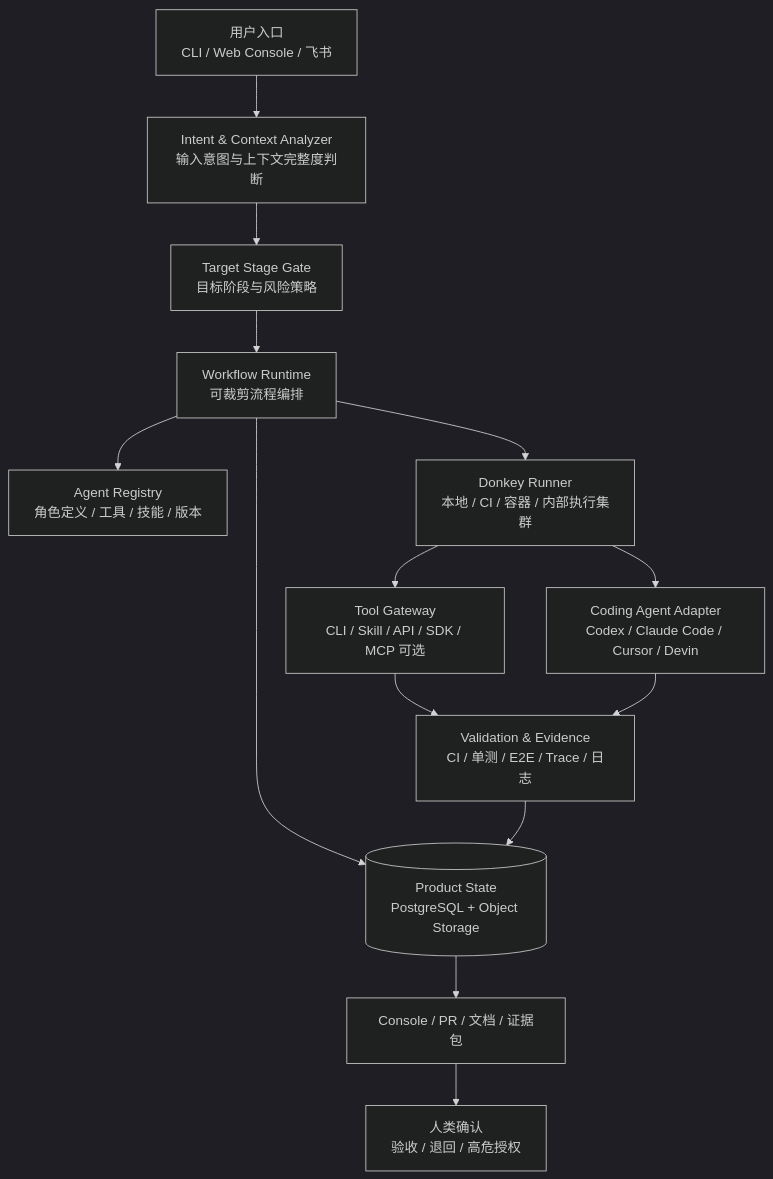
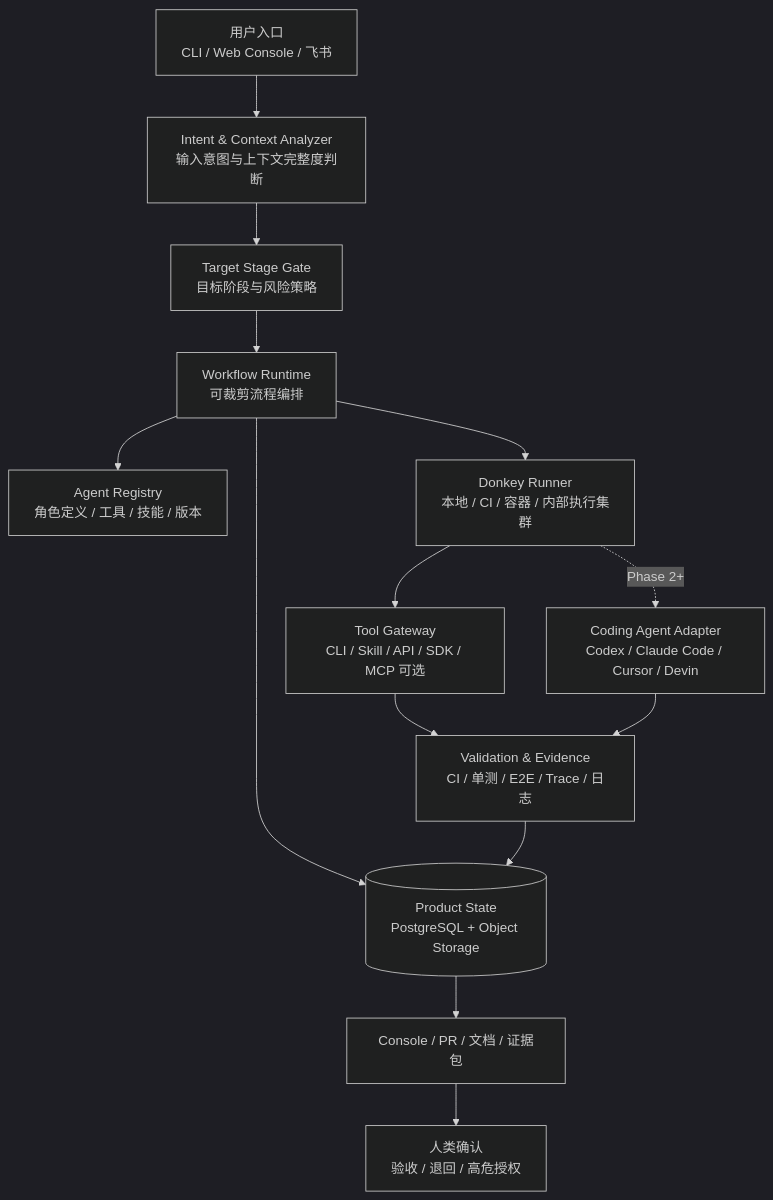
Before and after one commit to zesming/tekon: the first of 2 diagrams in docs/technical/mvp-technical-plan.md, drawn with Mermaid (dark theme). The commit also changed other lines of this file and 9 other files, not shown here.

````diff
--- a/docs/technical/mvp-technical-plan.md
+++ b/docs/technical/mvp-technical-plan.md
@@ -18,16 +18,16 @@
 ```mermaid
 flowchart TB
   U[用户入口\nCLI / Web Console / 飞书] --> I[Intent & Context Analyzer\n输入意图与上下文完整度判断]
   I --> G[Target Stage Gate\n目标阶段与风险策略]
   G --> W[Workflow Runtime\n可裁剪流程编排]
   W --> AR[Agent Registry\n角色定义 / 工具 / 技能 / 版本]
   W --> R[Donkey Runner\n本地 / CI / 容器 / 内部执行集群]
   R --> TG[Tool Gateway\nCLI / Skill / API / SDK / MCP 可选]
-  R --> CA[Coding Agent Adapter\nCodex / Claude Code / Cursor / Devin]
+  R -. Phase 2+ .-> CA[Coding Agent Adapter\nCodex / Claude Code / Cursor / Devin]
   TG --> V[Validation & Evidence\nCI / 单测 / E2E / Trace / 日志]
   CA --> V
   W --> S[(Product State\nPostgreSQL + Object Storage)]
   V --> S
   S --> C[Console / PR / 文档 / 证据包]
   C --> H[人类确认\n验收 / 退回 / 高危授权]
 ```
````
